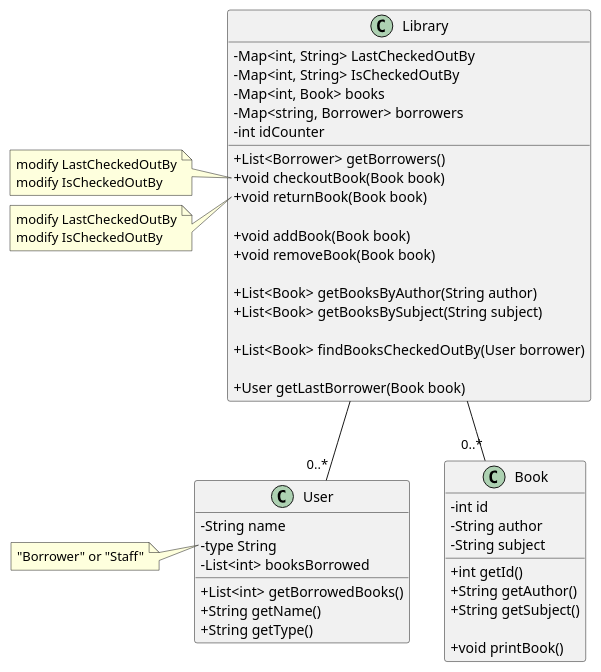
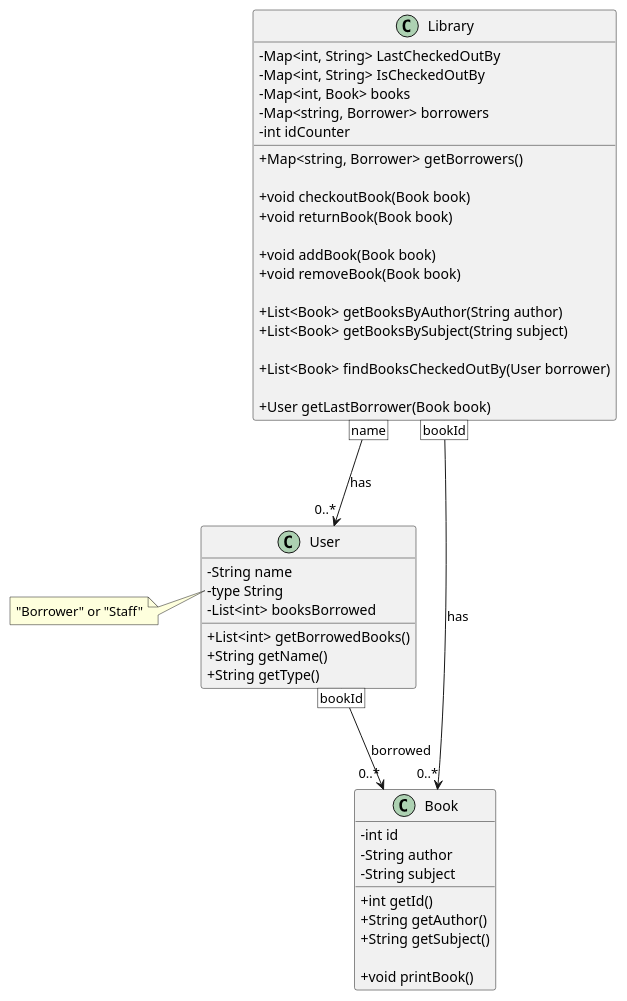
One commit to MarkLai0317/Software-Engineering-Midterm changed the diagram in uml/uml-2.puml. Above: the diagram before and after it, drawn with PlantUML. The commit also changed 3 other files, not shown here.

Commit message:
uml update

```diff
--- a/uml/uml-2.puml
+++ b/uml/uml-2.puml
@@ -1,66 +1,60 @@
 @startuml
 skinparam classAttributeIconSize 0
 
 class Book{
     -int id
     -String author
     -String subject
 
     +int getId()
     +String getAuthor()
     +String getSubject()
 
     +void printBook()
 }
 
 class User{
     -String name
     -type String
     -List<int> booksBorrowed
     +List<int> getBorrowedBooks()
     +String getName()
     +String getType()
 }
 note left of User::type
     "Borrower" or "Staff"
 end note
 
 
 class Library{
 
     'store last borrower of a book'
     -Map<int, String> LastCheckedOutBy 
     -Map<int, String> IsCheckedOutBy
     -Map<int, Book> books
     -Map<string, Borrower> borrowers
     -int idCounter
 
-    +List<Borrower> getBorrowers()
+    +Map<string, Borrower> getBorrowers()
+
     +void checkoutBook(Book book)
     +void returnBook(Book book)
 
     +void addBook(Book book)
     +void removeBook(Book book)
 
     +List<Book> getBooksByAuthor(String author)
     +List<Book> getBooksBySubject(String subject)
 
     +List<Book> findBooksCheckedOutBy(User borrower)
 
     +User getLastBorrower(Book book)
 
 }
 
-Library -- "0..*" Book
-Library -- "0..*" User
+Library [bookId] --> "0..*" Book : has
+Library [name] --> "0..*" User : has
 
-note left of  Library::checkoutBook
-    modify LastCheckedOutBy
-    modify IsCheckedOutBy
-end note
+User [bookId] --> "0..*" Book : borrowed
 
-note left of  Library::returnBook
-    modify LastCheckedOutBy
-    modify IsCheckedOutBy
-end note
 @enduml
```
